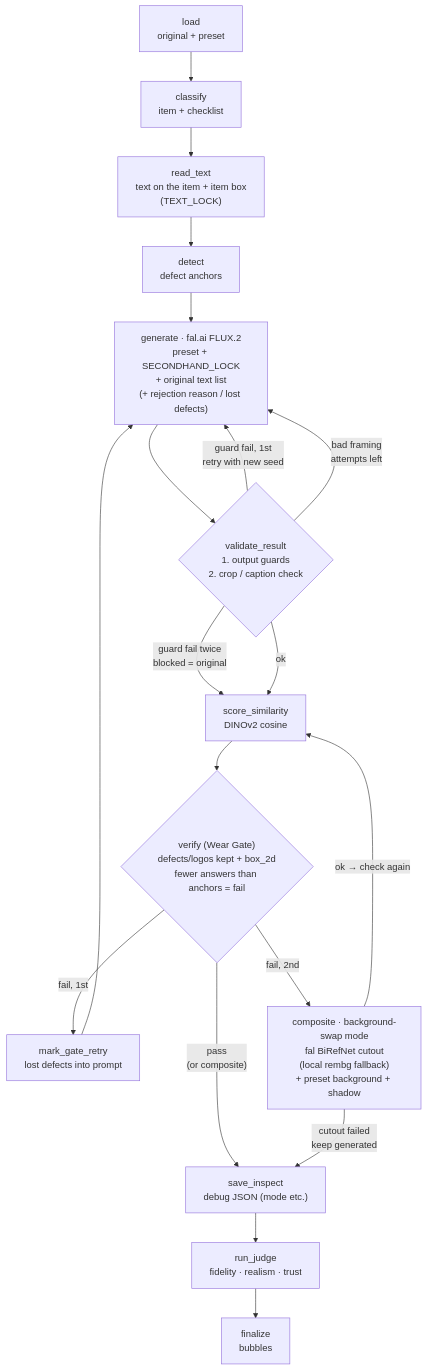
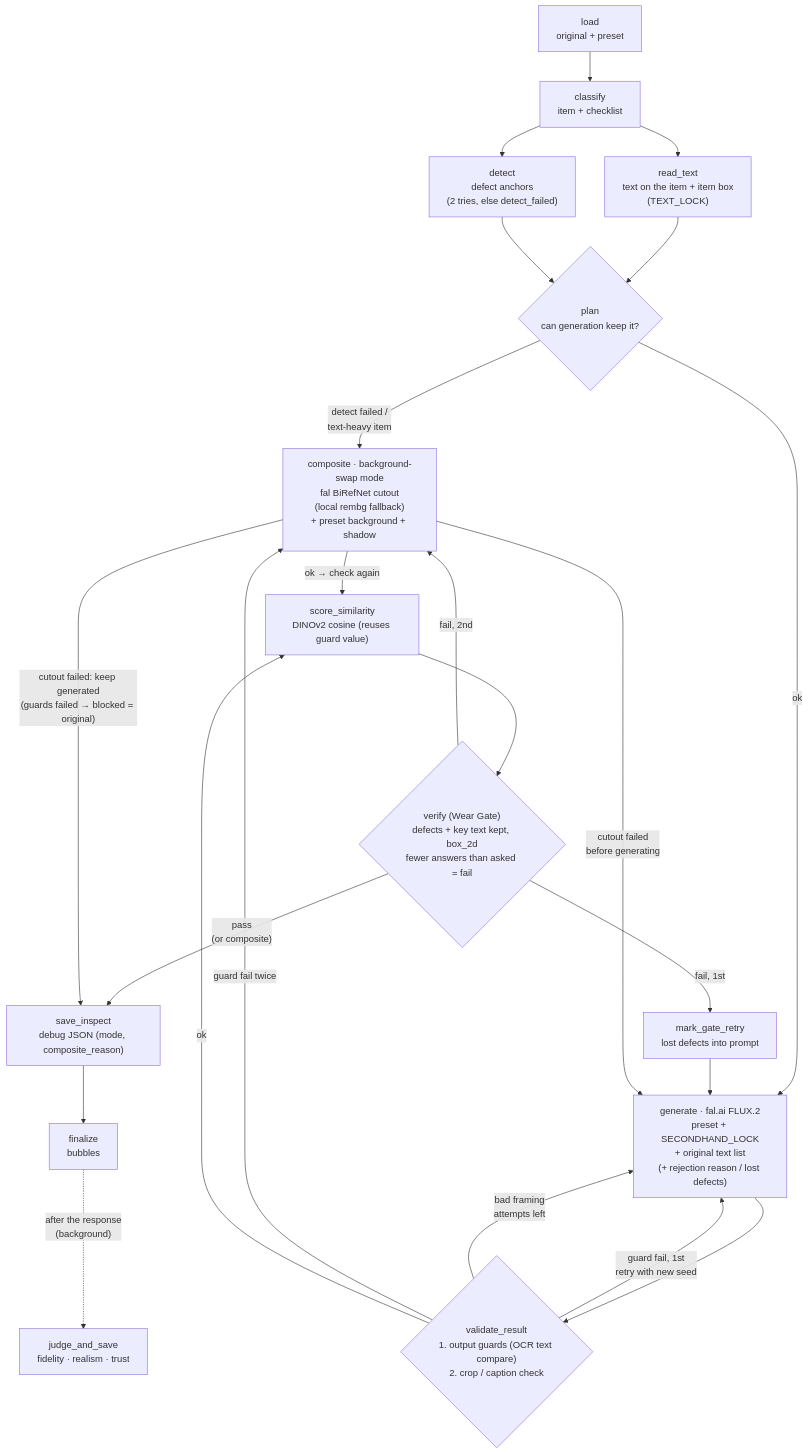
Before and after one commit to cha0620/Carret-App: the diagram in Readme.md, drawn with Mermaid. The commit also changed other lines of this file and 6 other files, not shown here.

First line of the commit message:
refactor: 채점을 그래프 밖 judge_and_save 하나로 — run_judge 노드와 judge_later 중복 제거

````diff
--- a/Readme.md
+++ b/Readme.md
@@ -32,21 +32,25 @@
 ```mermaid
 flowchart TD
   L["load<br/>original + preset"] --> C["classify<br/>item + checklist"]
   C --> T["read_text<br/>text on the item + item box<br/>(TEXT_LOCK)"]
-  T --> D["detect<br/>defect anchors"]
-  D --> G["generate · fal.ai FLUX.2<br/>preset + SECONDHAND_LOCK<br/>+ original text list<br/>(+ rejection reason / lost defects)"]
-  G --> V{"validate_result<br/>1. output guards<br/>2. crop / caption check"}
+  C --> D["detect<br/>defect anchors<br/>(2 tries, else detect_failed)"]
+  T --> P{"plan<br/>can generation keep it?"}
+  D --> P
+  P -->|"detect failed /<br/>text-heavy item"| X
+  P -->|ok| G["generate · fal.ai FLUX.2<br/>preset + SECONDHAND_LOCK<br/>+ original text list<br/>(+ rejection reason / lost defects)"]
+  G --> V{"validate_result<br/>1. output guards (OCR text compare)<br/>2. crop / caption check"}
   V -->|"guard fail, 1st<br/>retry with new seed"| G
   V -->|"bad framing<br/>attempts left"| G
-  V -->|"guard fail twice<br/>blocked = original"| S
-  V -->|ok| S["score_similarity<br/>DINOv2 cosine"]
-  S --> VR{"verify (Wear Gate)<br/>defects/logos kept + box_2d<br/>fewer answers than anchors = fail"}
+  V -->|"guard fail twice"| X
+  V -->|ok| S["score_similarity<br/>DINOv2 cosine (reuses guard value)"]
+  S --> VR{"verify (Wear Gate)<br/>defects + key text kept, box_2d<br/>fewer answers than asked = fail"}
   VR -->|"pass<br/>(or composite)"| I
   VR -->|"fail, 1st"| R["mark_gate_retry<br/>lost defects into prompt"]
   R --> G
   VR -->|"fail, 2nd"| X["composite · background-swap mode<br/>fal BiRefNet cutout<br/>(local rembg fallback)<br/>+ preset background + shadow"]
   X -->|"ok → check again"| S
-  X -->|"cutout failed<br/>keep generated"| I
-  I["save_inspect<br/>debug JSON (mode etc.)"] --> J["run_judge<br/>fidelity · realism · trust"]
-  J --> F["finalize<br/>bubbles"]
+  X -->|"cutout failed<br/>before generating"| G
+  X -->|"cutout failed: keep generated<br/>(guards failed → blocked = original)"| I
+  I["save_inspect<br/>debug JSON (mode, composite_reason)"] --> F["finalize<br/>bubbles"]
+  F -.->|"after the response<br/>(background)"| J["judge_and_save<br/>fidelity · realism · trust"]
 ```
````
